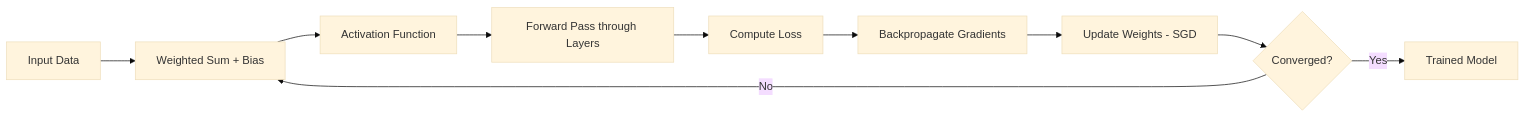
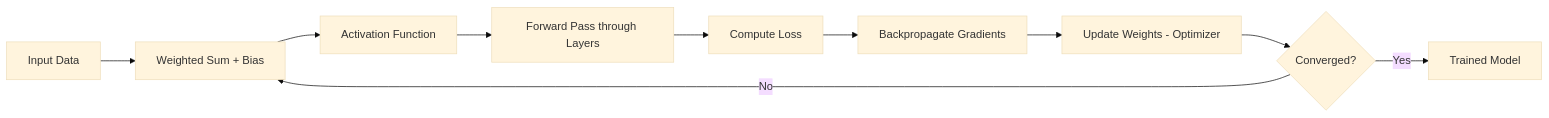
The first of 10 diagrams in docs/courses/machine-learning/07-neural-networks.md (Raushan666java/ai-engineering-journey), drawn with Mermaid (base theme) before and after one commit. The commit also changed other lines of this file and 41 other files, not shown here.

````diff
--- a/docs/courses/machine-learning/07-neural-networks.md
+++ b/docs/courses/machine-learning/07-neural-networks.md
@@ -29,12 +35,12 @@
 ```mermaid
 flowchart LR
     A[Input Data] --> B[Weighted Sum + Bias]
     B --> C[Activation Function]
     C --> D[Forward Pass through Layers]
     D --> E[Compute Loss]
     E --> F[Backpropagate Gradients]
-    F --> G[Update Weights - SGD]
+    F --> G[Update Weights - Optimizer]
     G --> H{Converged?}
     H -- No --> B
     H -- Yes --> I[Trained Model]
 ```
````
